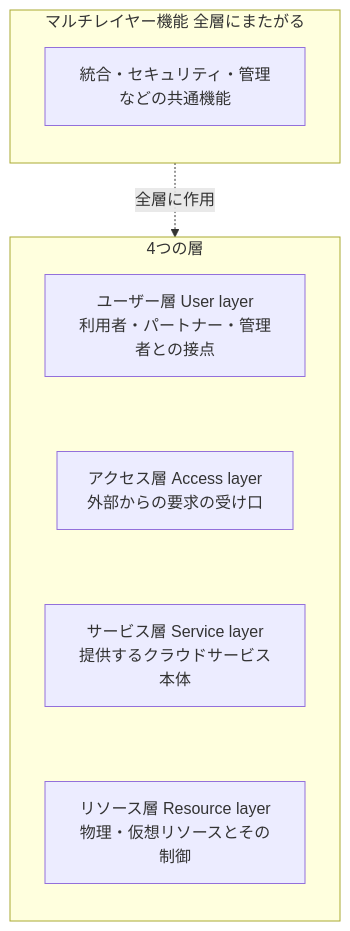
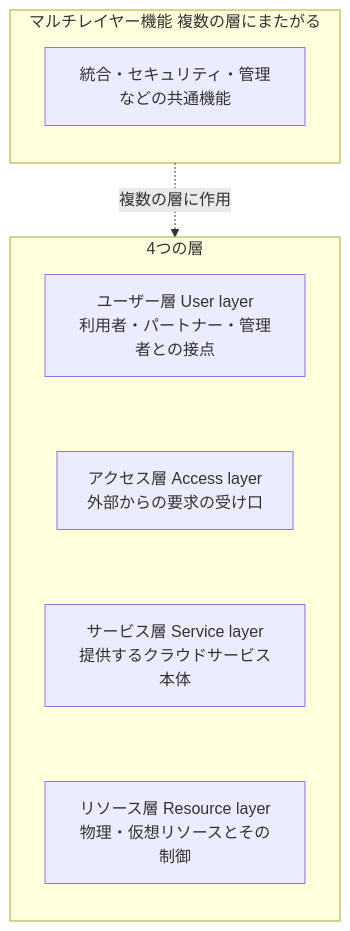
The ninth of 20 diagrams in Iso-iec-22123-3-2023-guide.md (myoshi2891/Cloud-Infrastructure-and-Network-Studies), drawn with Mermaid before and after one commit. The commit also changed other lines of this file and 9 other files, not shown here.

````diff
--- a/Iso-iec-22123-3-2023-guide.md
+++ b/Iso-iec-22123-3-2023-guide.md
@@ -370,18 +372,18 @@
 ```mermaid
 flowchart TB
-    subgraph MULTI["マルチレイヤー機能 全層にまたがる"]
+    subgraph MULTI["マルチレイヤー機能 複数の層にまたがる"]
         direction TB
         M1["統合・セキュリティ・管理などの共通機能"]
     end
 
     subgraph LAYERS["4つの層"]
         direction TB
         UL["ユーザー層 User layer<br/>利用者・パートナー・管理者との接点"]
         AL["アクセス層 Access layer<br/>外部からの要求の受け口"]
         SL["サービス層 Service layer<br/>提供するクラウドサービス本体"]
         RL["リソース層 Resource layer<br/>物理・仮想リソースとその制御"]
         UL ~~~ AL ~~~ SL ~~~ RL
     end
 
-    MULTI -.->|全層に作用| LAYERS
+    MULTI -.->|複数の層に作用| LAYERS
 ```
````
